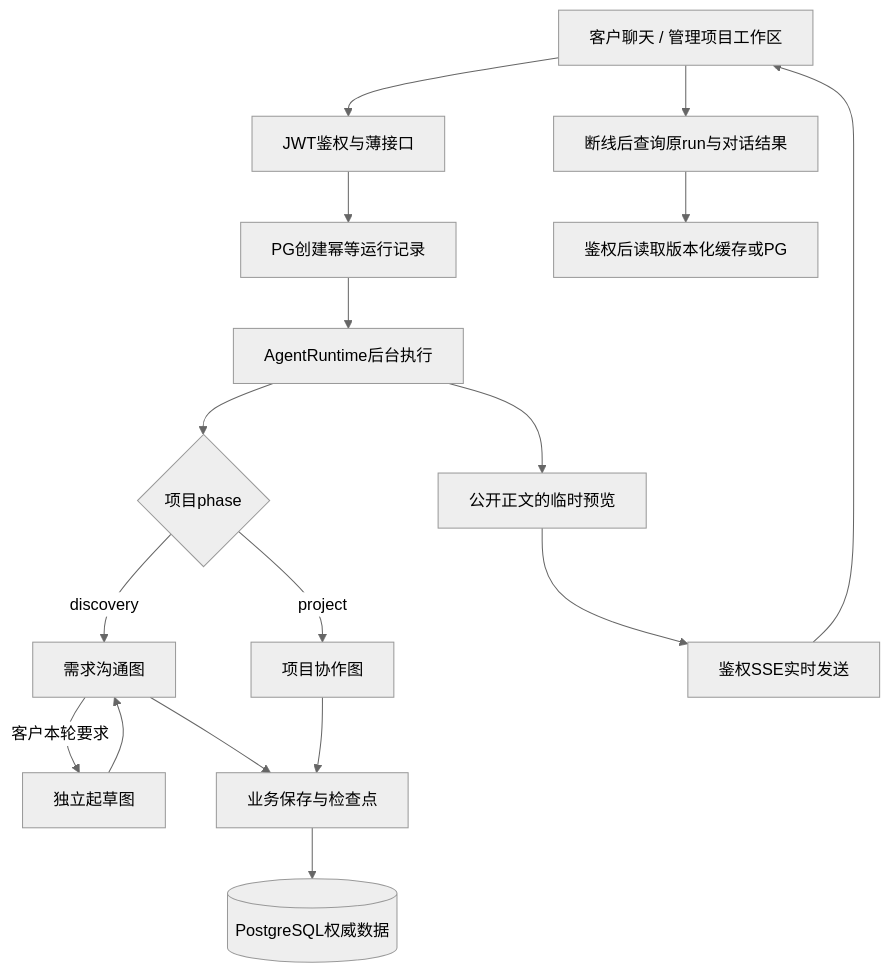
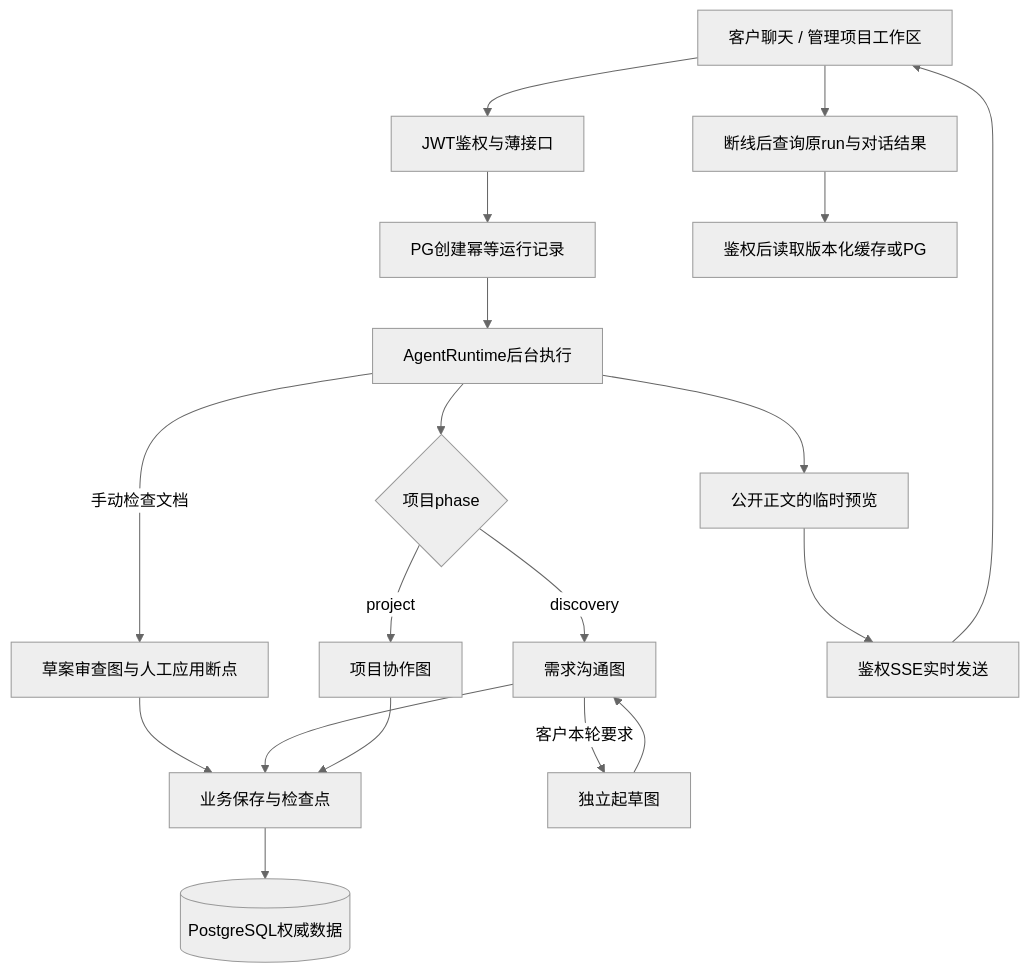
Before and after one commit to xiaoyueQH/SmartDraft-AI-: the first of 3 diagrams in docs/执行架构.md, drawn with Mermaid (neutral theme). The commit also changed other lines of this file and 95 other files, not shown here.

````diff
--- a/docs/执行架构.md
+++ b/docs/执行架构.md
@@ -5,19 +5,21 @@
 ```mermaid
 flowchart TD
     UI["客户聊天 / 管理项目工作区"] --> API["JWT鉴权与薄接口"]
     API --> DB["PG创建幂等运行记录"]
     DB --> RT["AgentRuntime后台执行"]
+    RT -->|手动检查文档| V["草案审查图与人工应用断点"]
+    V --> S
     RT --> P{"项目phase"}
     P -->|discovery| C["需求沟通图"]
     C -->|客户本轮要求| D["独立起草图"]
     D --> C
     P -->|project| J["项目协作图"]
     C --> S["业务保存与检查点"]
     J --> S
     S --> PG[("PostgreSQL权威数据")]
     RT --> LIVE["公开正文的临时预览"]
     LIVE --> SSE["鉴权SSE实时发送"]
     SSE --> UI
     UI --> GET["断线后查询原run与对话结果"]
     GET --> CACHE["鉴权后读取版本化缓存或PG"]
 ```
````
